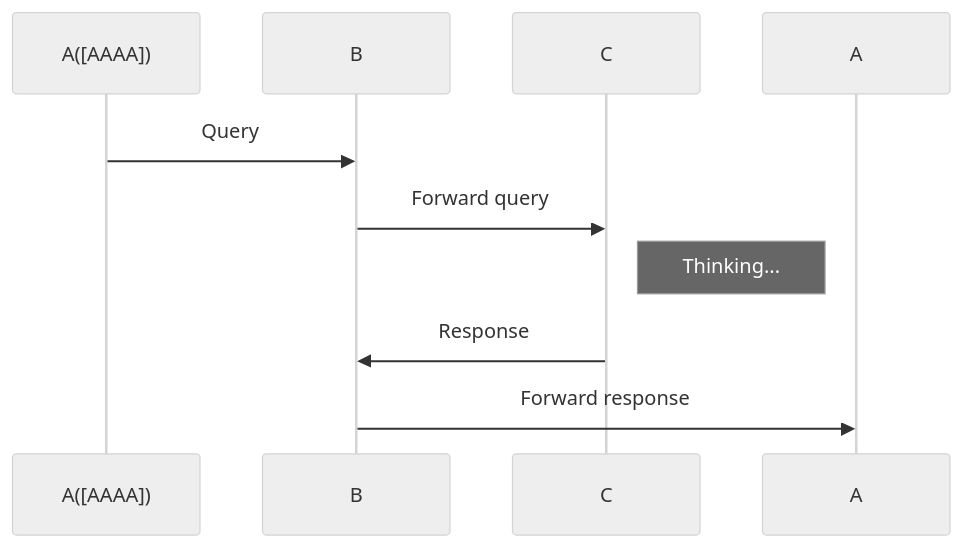
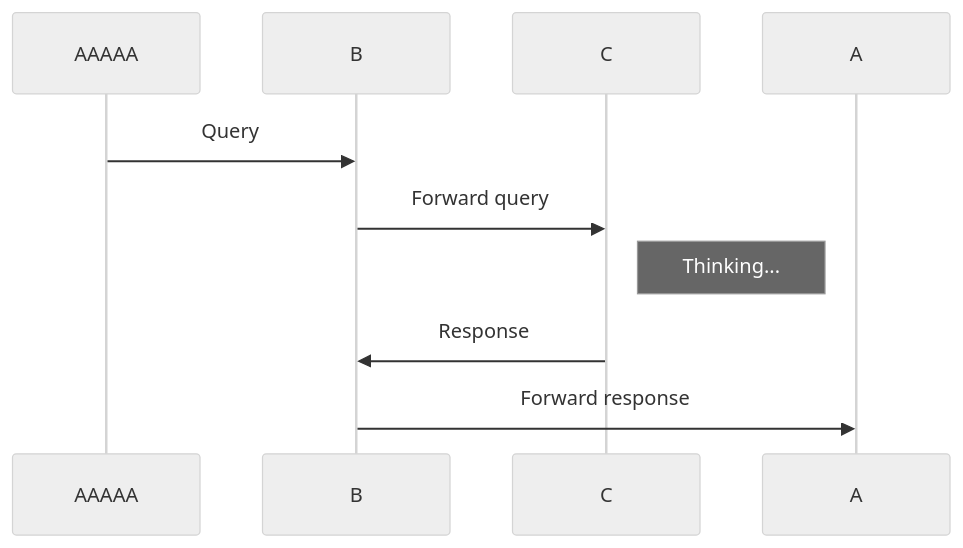
One commit to dictav/mermaid-diagrams changed the first of 3 diagrams in README.md. Above: the diagram before and after it, drawn with Mermaid (neutral theme). The commit also changed other lines of this file, not shown here.

````diff
--- a/README.md
+++ b/README.md
@@ -9,8 +9,8 @@
 ```mermaid
 sequenceDiagram
-  A([AAAA])->> B: Query
+  AAAAA->> B: Query
   B->> C: Forward query
   Note right of C: Thinking...
   C->> B: Response
   B->> A: Forward response
 ```
````
